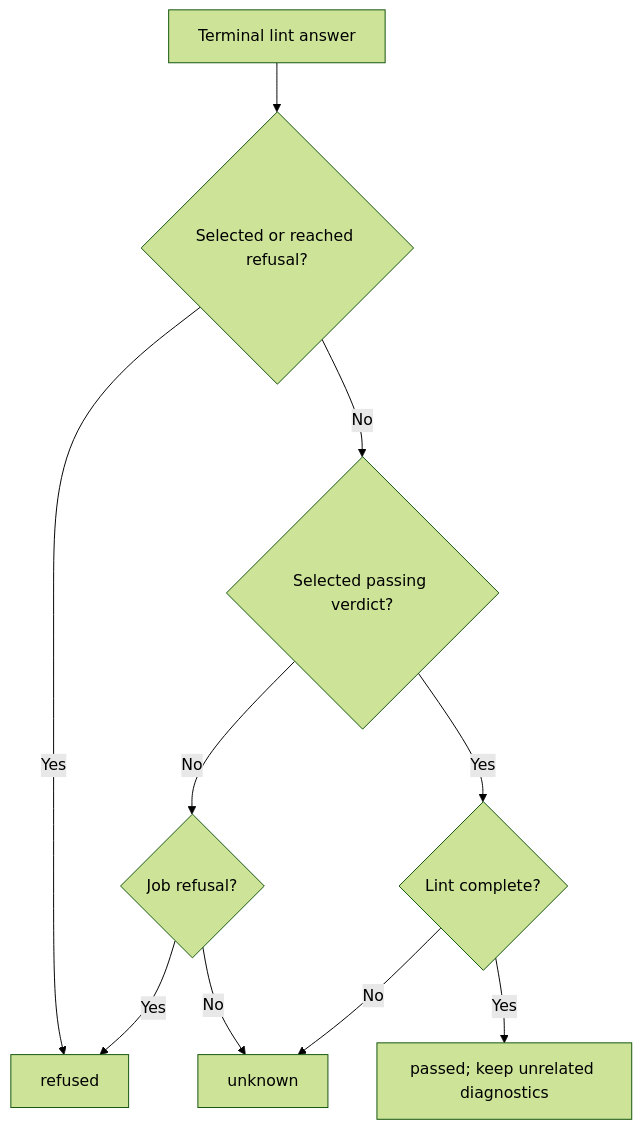
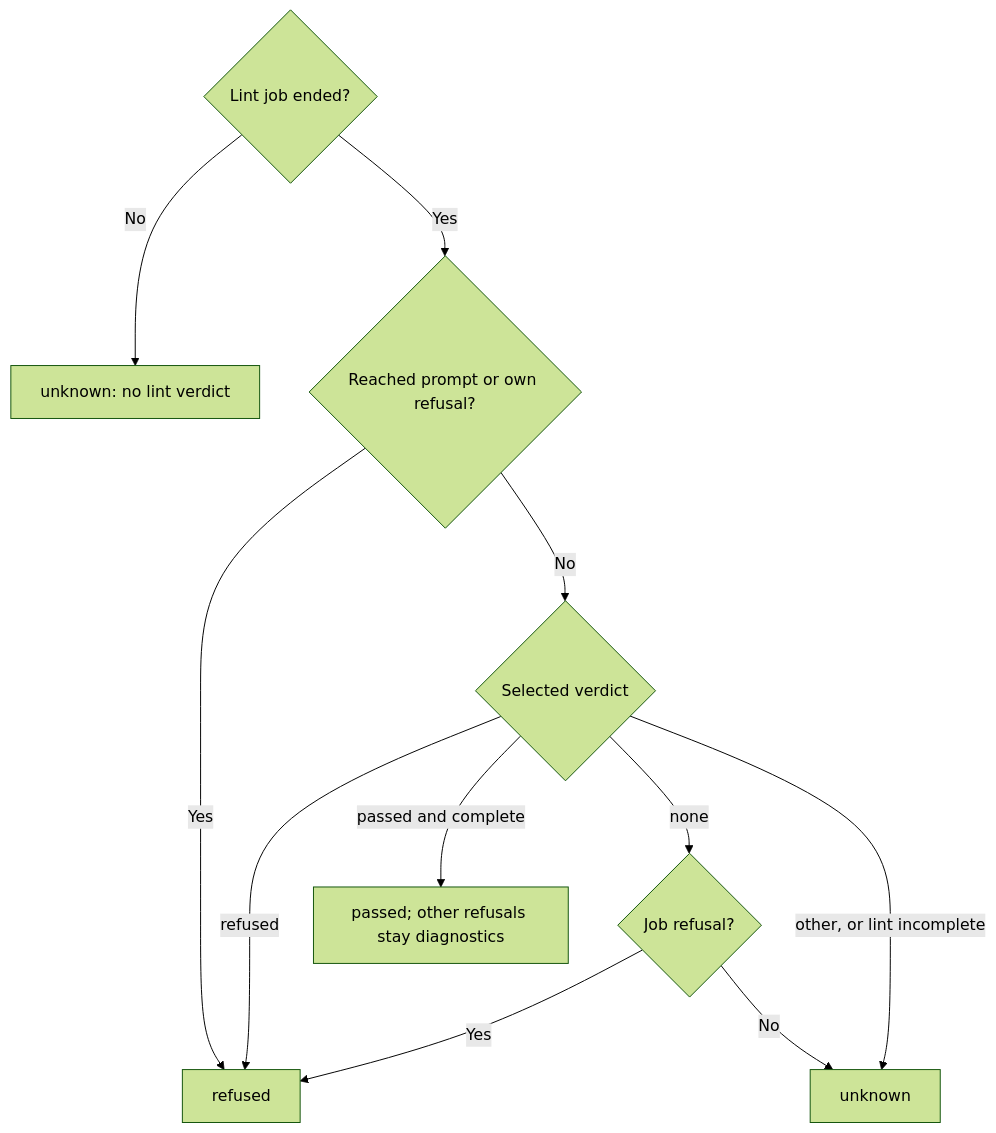
One commit to promptdriven/pdd changed the diagram in prompts/cli/runtime-outcome.prompt.md. Above: the diagram before and after it, drawn with Mermaid (forest theme). The commit also changed other lines of this file and 13 other files, not shown here.

````diff
--- a/prompts/cli/runtime-outcome.prompt.md
+++ b/prompts/cli/runtime-outcome.prompt.md
@@ -25,12 +43,13 @@
 ```mermaid
 flowchart TD
-    A[Terminal lint answer] --> R{Selected or reached refusal?}
+    A{Lint job ended?} -->|No| U1[unknown: no lint verdict]
+    A -->|Yes| R{Reached prompt or own refusal?}
     R -->|Yes| F[refused]
-    R -->|No| V{Selected passing verdict?}
-    V -->|No| J{Job refusal?}
+    R -->|No| V{Selected verdict}
+    V -->|refused| F
+    V -->|passed and complete| P[passed; other refusals stay diagnostics]
+    V -->|none| J{Job refusal?}
     J -->|Yes| F
-    J -->|No| U[unknown]
-    V -->|Yes| C{Lint complete?}
-    C -->|Yes| P[passed; keep unrelated diagnostics]
-    C -->|No| U
+    J -->|No| U2[unknown]
+    V -->|other, or lint incomplete| U2
 ```
````
